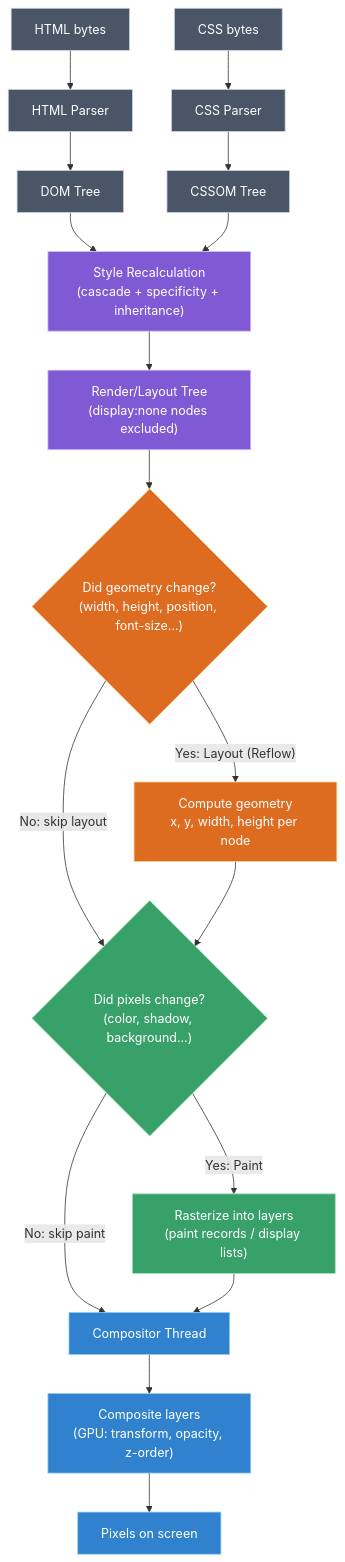
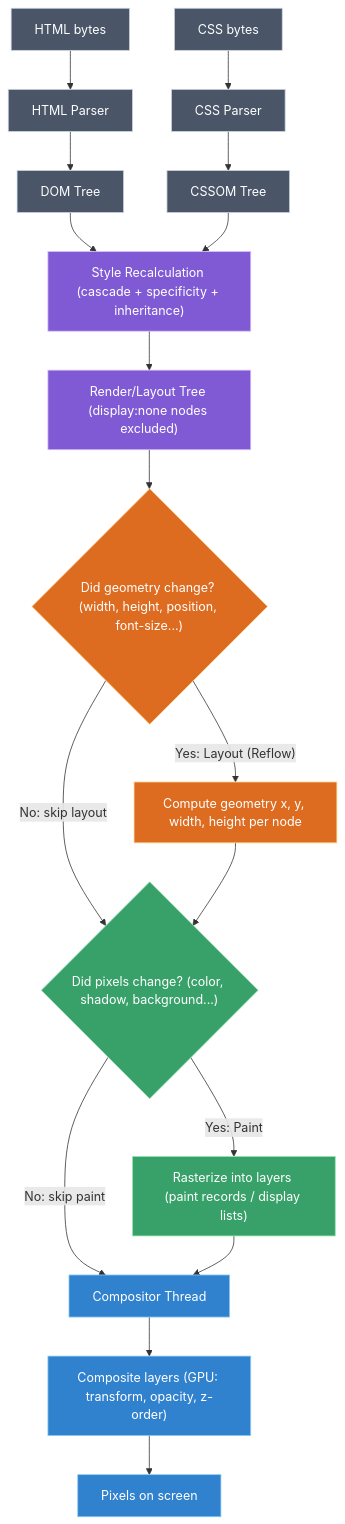
One commit to vinayakhumberi/litmus changed the first of 3 diagrams in data/topics/browser-rendering-pipeline.md. Above: the diagram before and after it, drawn with Mermaid. The commit also changed other lines of this file and 68 other files, not shown here.

````diff
--- a/data/topics/browser-rendering-pipeline.md
+++ b/data/topics/browser-rendering-pipeline.md
@@ -116,31 +116,31 @@
 ```mermaid
 graph TD
     A["HTML bytes"] --> B["HTML Parser"]
     B --> C["DOM Tree"]
     D["CSS bytes"] --> E["CSS Parser"]
     E --> F["CSSOM Tree"]
-    C --> G["Style Recalculation<br>(cascade + specificity + inheritance)"]
+    C --> G["Style Recalculation (cascade + specificity + inheritance)"]
     F --> G
-    G --> H["Render/Layout Tree<br>(display:none nodes excluded)"]
-    H --> I{"Did geometry change?<br>(width, height, position, font-size...)"}
-    I -- "Yes: Layout (Reflow)" --> J["Compute geometry<br>x, y, width, height per node"]
+    G --> H["Render/Layout Tree (display:none nodes excluded)"]
+    H --> I{"Did geometry change? (width, height, position, font-size...)"}
+    I -- "Yes: Layout (Reflow)" --> J["Compute geometry x, y, width, height per node"]
     I -- "No: skip layout" --> K
-    J --> K{"Did pixels change?<br>(color, shadow, background...)"}
-    K -- "Yes: Paint" --> L["Rasterize into layers<br>(paint records / display lists)"]
+    J --> K{"Did pixels change? (color, shadow, background...)"}
+    K -- "Yes: Paint" --> L["Rasterize into layers (paint records / display lists)"]
     K -- "No: skip paint" --> M
     L --> M["Compositor Thread"]
-    M --> N["Composite layers<br>(GPU: transform, opacity, z-order)"]
+    M --> N["Composite layers (GPU: transform, opacity, z-order)"]
     N --> O["Pixels on screen"]
 
     classDef parse fill:#4a5568,stroke:#cbd5e0,color:#fff
     classDef styleStage fill:#805ad5,stroke:#d6bcfa,color:#fff
     classDef layout fill:#dd6b20,stroke:#fbd38d,color:#fff
     classDef paint fill:#38a169,stroke:#9ae6b4,color:#fff
     classDef composite fill:#3182ce,stroke:#90cdf4,color:#fff
 
     class A,B,C,D,E,F parse
     class G,H styleStage
     class I,J layout
     class K,L paint
     class M,N,O composite
 ```
````
